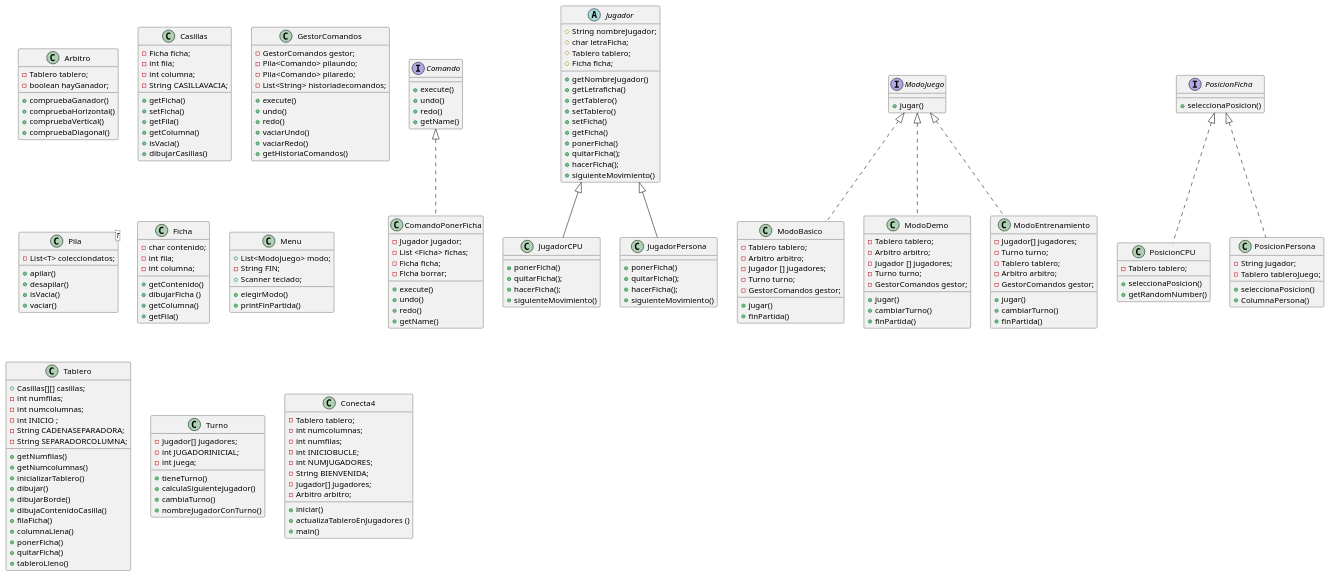
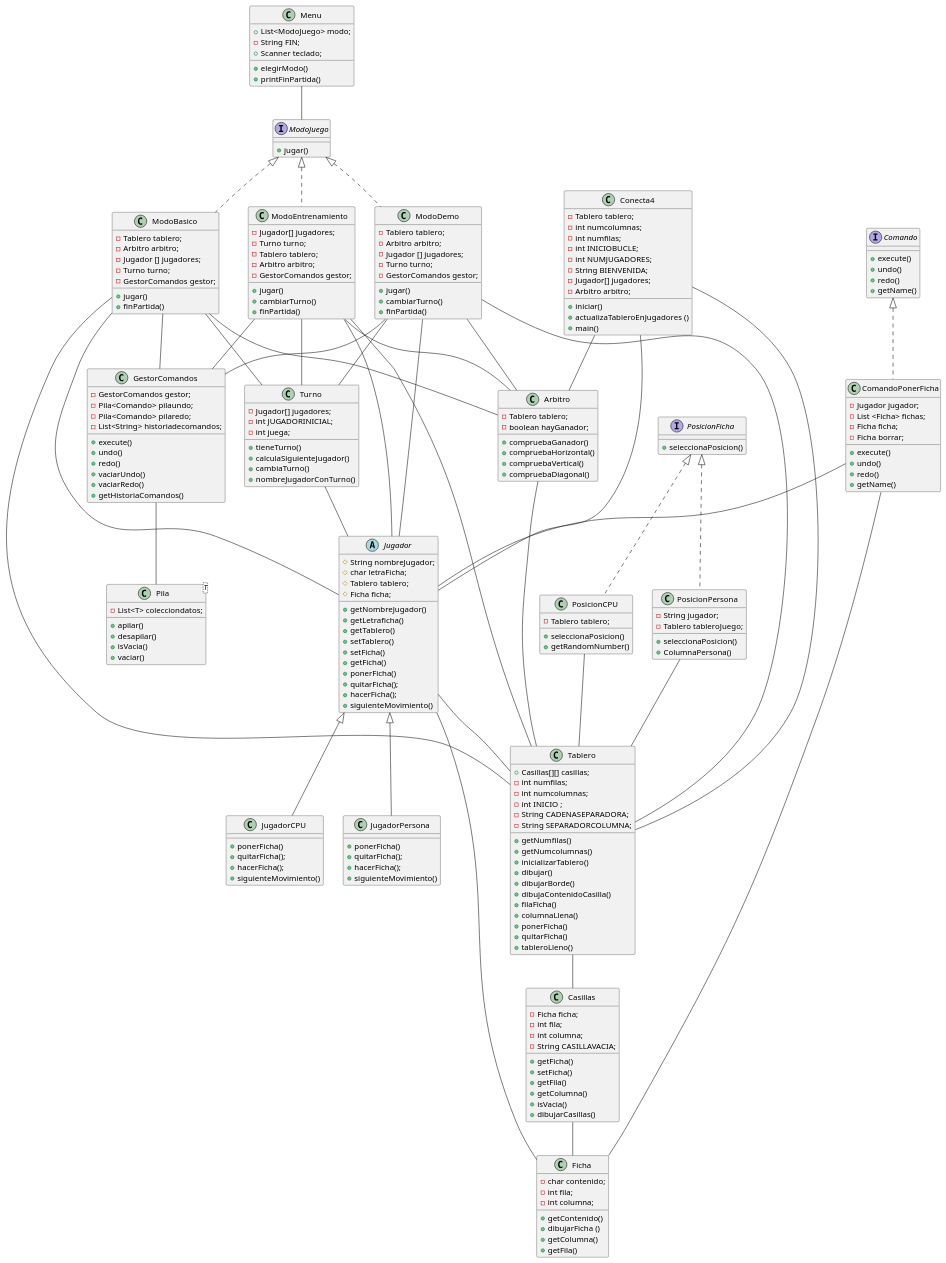
Before and after one commit to SoundIsOff/Conecta4_POO: the diagram in src/main/java/org/example/Diagrama.puml, drawn with PlantUML. The commit also changed 1 other file, not shown here.

Commit message:
Diagrama.puml terminado

```diff
--- a/src/main/java/org/example/Diagrama.puml
+++ b/src/main/java/org/example/Diagrama.puml
@@ -218,4 +218,49 @@
 +actualizaTableroEnJugadores ()
 +main()
 }
+
+
+Arbitro--Tablero
+
+Casillas -- Ficha
+
+ComandoPonerFicha -- Jugador
+ComandoPonerFicha -- Ficha
+GestorComandos -- Pila
+
+Jugador -- Tablero
+Jugador -- Ficha
+
+Menu -- ModoJuego
+
+ModoBasico -- Tablero
+ModoBasico -- Arbitro
+ModoBasico -- Jugador
+ModoBasico -- GestorComandos
+ModoBasico -- Turno
+
+ModoDemo -- Tablero
+ModoDemo -- Arbitro
+ModoDemo -- Jugador
+ModoDemo -- GestorComandos
+ModoDemo -- Turno
+
+ModoEntrenamiento -- Tablero
+ModoEntrenamiento -- Arbitro
+ModoEntrenamiento -- Jugador
+ModoEntrenamiento -- GestorComandos
+ModoEntrenamiento -- Turno
+
+PosicionPersona -- Tablero
+
+PosicionCPU -- Tablero
+
+Tablero --Casillas
+
+Turno--Jugador
+
+Conecta4--Tablero
+Conecta4--Jugador
+Conecta4--Arbitro
+
 @enduml
```
